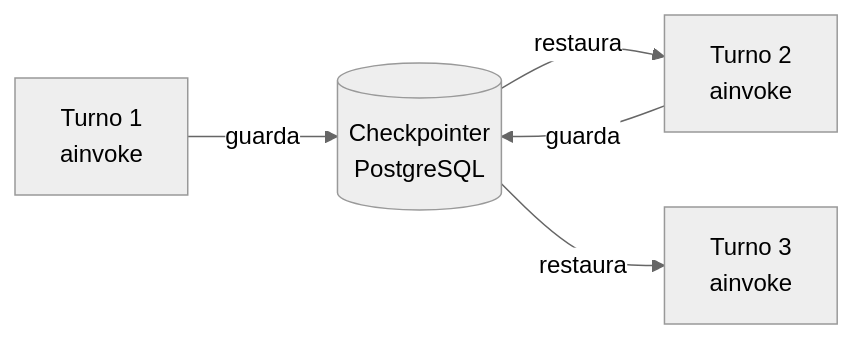
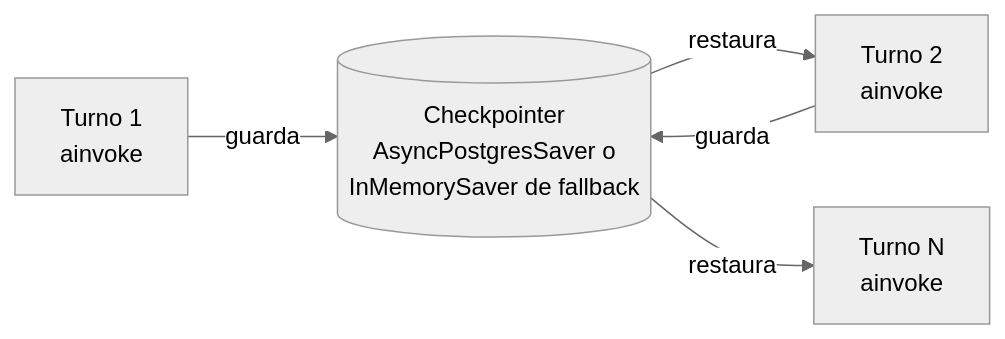
One commit to ReFlowTFMGrupo11/CopilotPosventaAutonoGestInteligenteDevolucion changed the third of 3 diagrams in docs/graph_diagram.md. Above: the diagram before and after it, drawn with Mermaid (neutral theme). The commit also changed other lines of this file and 1 other file, not shown here.

Commit message:
actualizados graf_diagram-md y ER_diagram

````diff
--- a/docs/graph_diagram.md
+++ b/docs/graph_diagram.md
@@ -98,7 +141,7 @@
 ```mermaid
 graph LR
-    T1[Turno 1<br/>ainvoke] -->|guarda| CP[(Checkpointer<br/>PostgreSQL)]
+    T1[Turno 1<br/>ainvoke] -->|guarda| CP[(Checkpointer<br/>AsyncPostgresSaver o<br/>InMemorySaver de fallback)]
     CP -->|restaura| T2[Turno 2<br/>ainvoke]
     T2 -->|guarda| CP
-    CP -->|restaura| T3[Turno 3<br/>ainvoke]
+    CP -->|restaura| T3[Turno N<br/>ainvoke]
 ```
````
